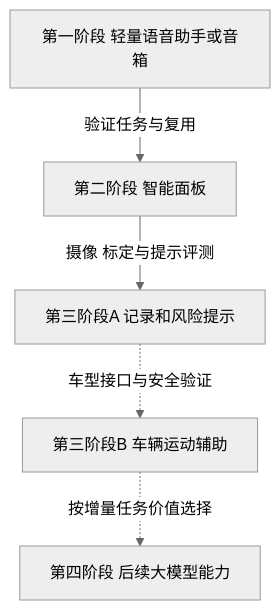
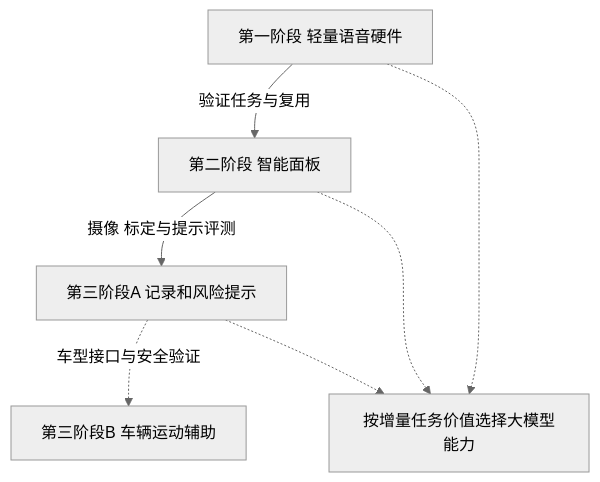
Before and after one commit to DreamSoul-AI/in-vehicle-ai-research: the first of 12 diagrams in content/research.md, drawn with Mermaid (neutral theme). The commit also changed other lines of this file and 42 other files, not shown here.

````diff
--- a/content/research.md
+++ b/content/research.md
@@ -16,8 +18,10 @@
 ```mermaid
 %% title: 产品阶段与进入条件
 flowchart TB
-  A[第一阶段 轻量语音助手或音箱] -->|验证任务与复用| B[第二阶段 智能面板]
+  A[第一阶段 轻量语音硬件] -->|验证任务与复用| B[第二阶段 智能面板]
   B -->|摄像 标定与提示评测| C[第三阶段A 记录和风险提示]
   C -.->|车型接口与安全验证| D[第三阶段B 车辆运动辅助]
-  D -.->|按增量任务价值选择| E[第四阶段 后续大模型能力]
+  A -.-> E[按增量任务价值选择大模型能力]
+  B -.-> E
+  C -.-> E
 ```
````
